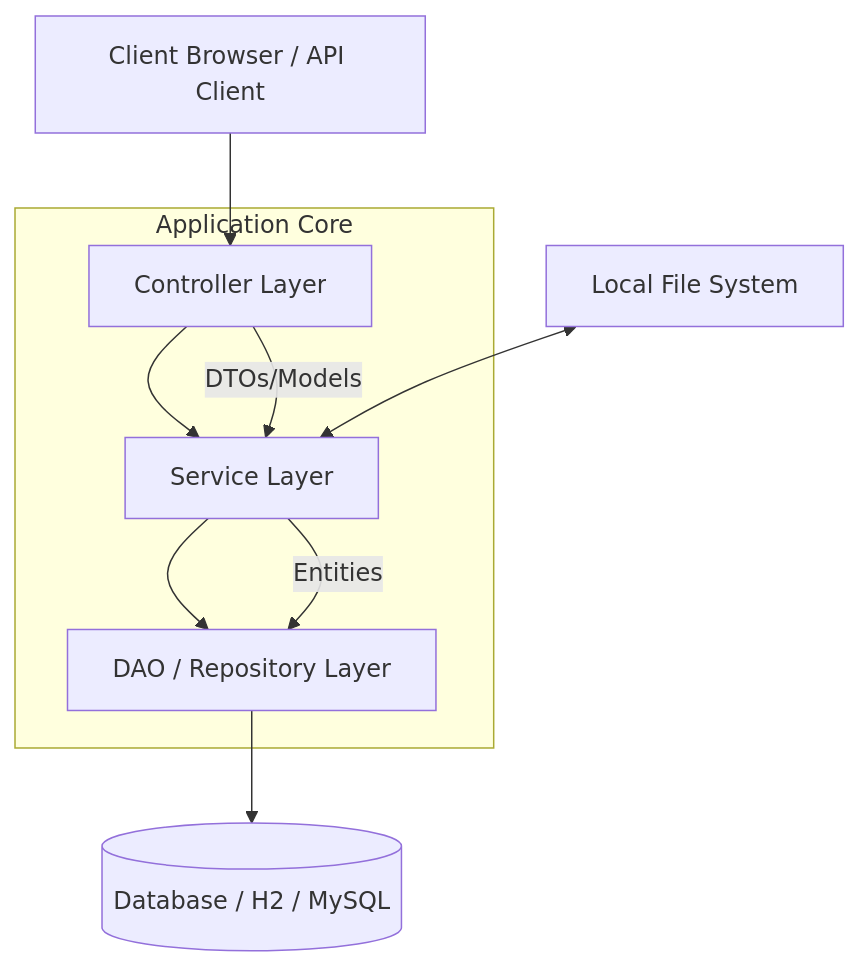
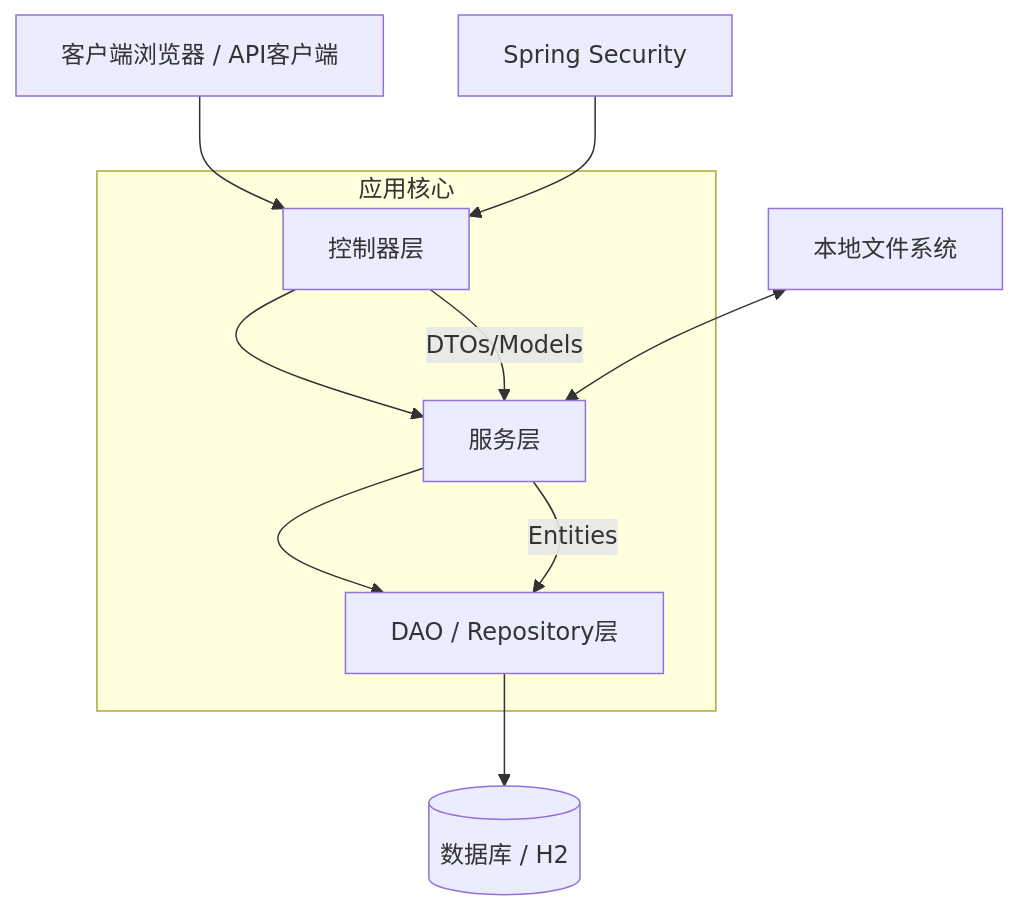
Before and after one commit to VitaElegy/school_homework: the first of 2 diagrams in doc/system_documentation.md, drawn with Mermaid. The commit also changed other lines of this file, not shown here.

Commit message:
docs: 完善系统文档，添加详细的功能说明、数据结构、UML图和函数调用链

````diff
--- a/doc/system_documentation.md
+++ b/doc/system_documentation.md
@@ -7,16 +7,17 @@
 ```mermaid
 graph TD
-    Client[Client Browser / API Client] --> ControllerLayer
+    Client[客户端浏览器 / API客户端] --> ControllerLayer
 
-    subgraph "Application Core"
-        ControllerLayer[Controller Layer] --> ServiceLayer[Service Layer]
-        ServiceLayer --> DataAccessLayer[DAO / Repository Layer]
+    subgraph "应用核心"
+        ControllerLayer[控制器层] --> ServiceLayer[服务层]
+        ServiceLayer --> DataAccessLayer[DAO / Repository层]
     end
 
-    DataAccessLayer --> Database[(Database / H2 / MySQL)]
-    FileSystem[Local File System] <--> ServiceLayer
+    DataAccessLayer --> Database[(数据库 / H2)]
+    FileSystem[本地文件系统] <--> ServiceLayer
+    Security[Spring Security] --> ControllerLayer
 
     %% Details
     ControllerLayer -- "DTOs/Models" --> ServiceLayer
     ServiceLayer -- "Entities" --> DataAccessLayer
 ```
````
